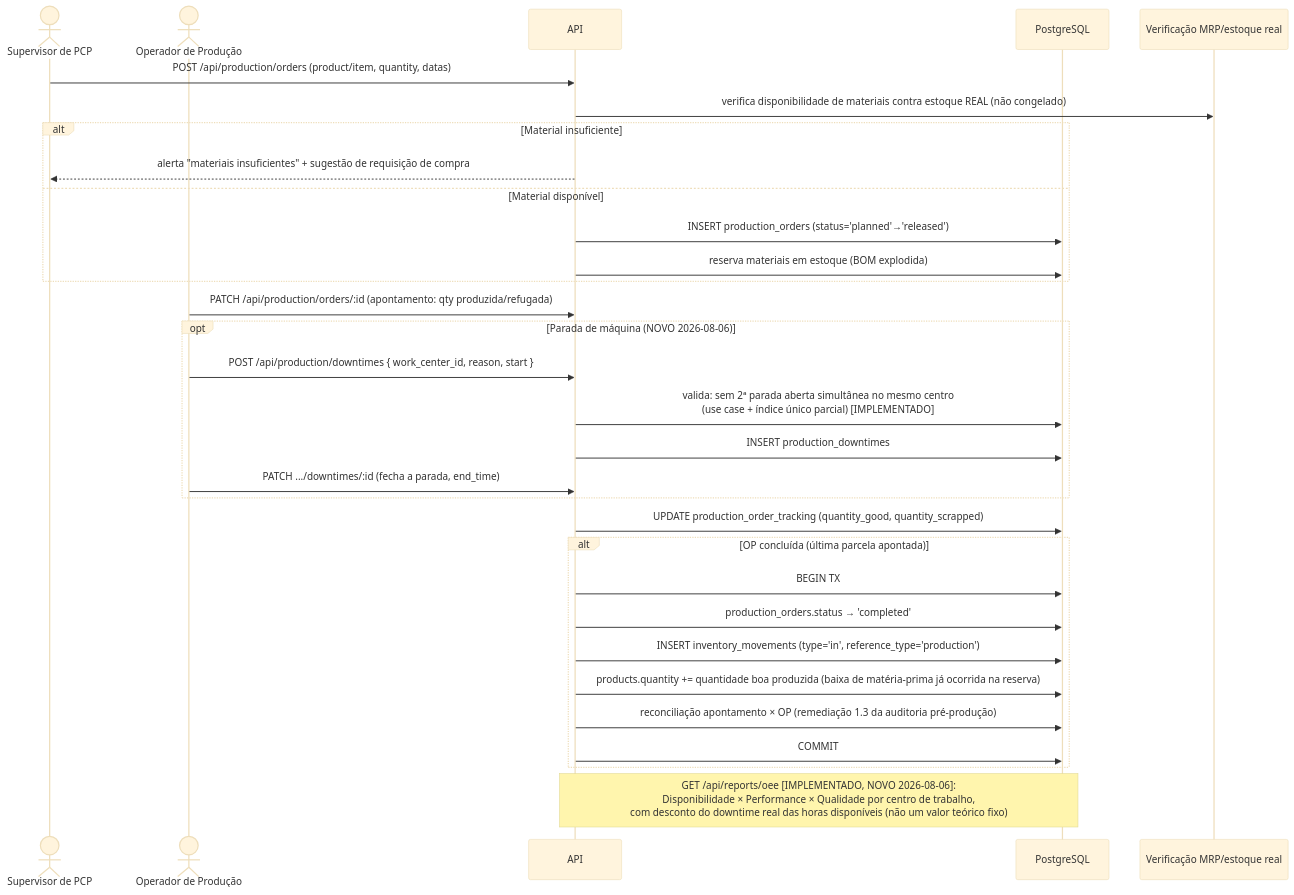
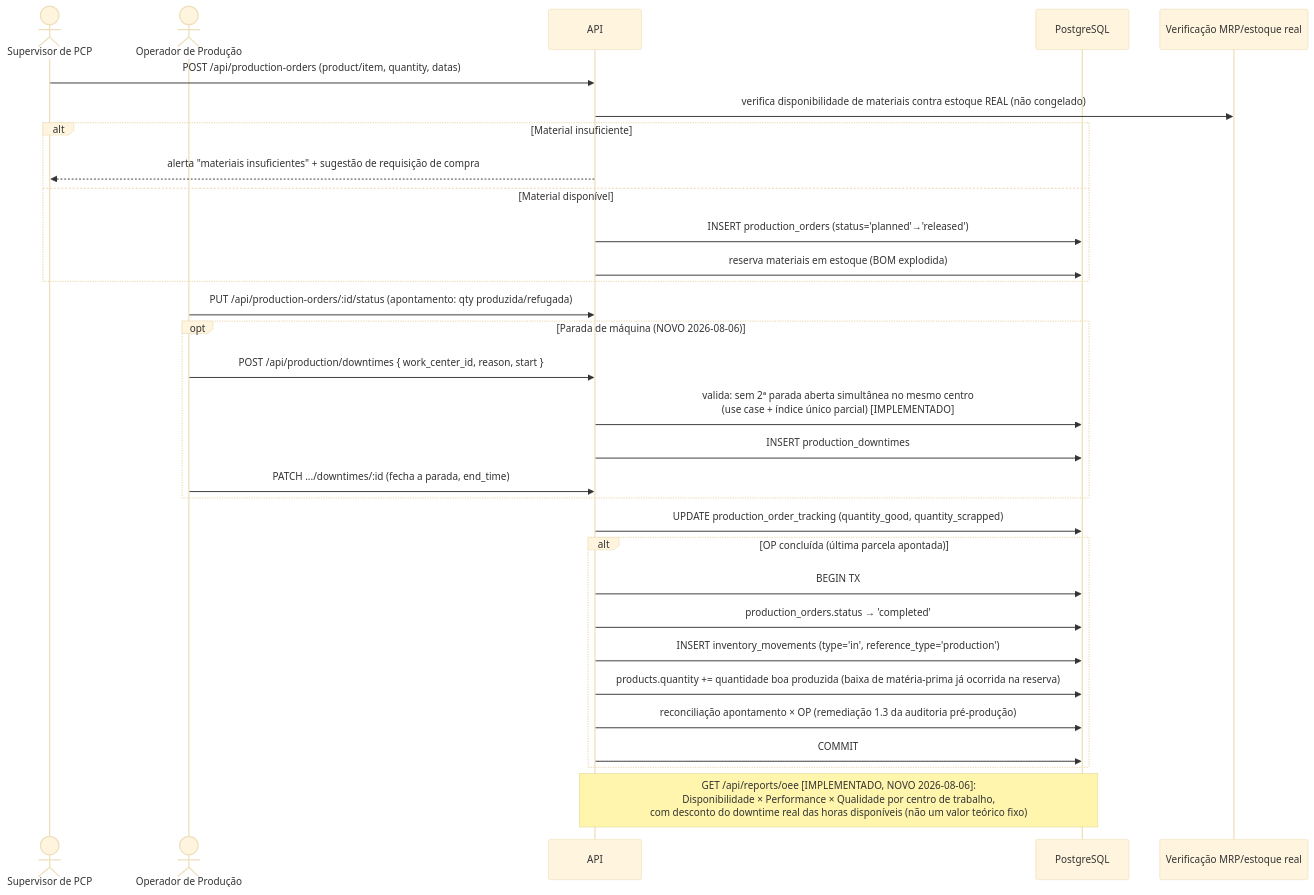
Before and after one commit to RomulosouzaEvok/ERP-EVOK-AUDIO-LTDA: the third of 3 diagrams in docs/arquitetura/DIAGRAMAS_SEQUENCIA.md, drawn with Mermaid (base theme). The commit also changed other lines of this file and 62 other files, not shown here.

````diff
--- a/docs/arquitetura/DIAGRAMAS_SEQUENCIA.md
+++ b/docs/arquitetura/DIAGRAMAS_SEQUENCIA.md
@@ -154,39 +154,39 @@
 ```mermaid
 sequenceDiagram
     actor PCP as Supervisor de PCP
     actor OPER as Operador de Produção
     participant API as API
     participant DB as PostgreSQL
     participant MRP as Verificação MRP/estoque real
 
-    PCP->>API: POST /api/production/orders (product/item, quantity, datas)
+    PCP->>API: POST /api/production-orders (product/item, quantity, datas)
     API->>MRP: verifica disponibilidade de materiais contra estoque REAL (não congelado)
     alt Material insuficiente
         API-->>PCP: alerta "materiais insuficientes" + sugestão de requisição de compra
     else Material disponível
         API->>DB: INSERT production_orders (status='planned'→'released')
         API->>DB: reserva materiais em estoque (BOM explodida)
     end
 
-    OPER->>API: PATCH /api/production/orders/:id (apontamento: qty produzida/refugada)
+    OPER->>API: PUT /api/production-orders/:id/status (apontamento: qty produzida/refugada)
 
     opt Parada de máquina (NOVO 2026-08-06)
         OPER->>API: POST /api/production/downtimes { work_center_id, reason, start }
         API->>DB: valida: sem 2ª parada aberta simultânea no mesmo centro<br/>(use case + índice único parcial) [IMPLEMENTADO]
         API->>DB: INSERT production_downtimes
         OPER->>API: PATCH .../downtimes/:id (fecha a parada, end_time)
     end
 
     API->>DB: UPDATE production_order_tracking (quantity_good, quantity_scrapped)
 
     alt OP concluída (última parcela apontada)
         API->>DB: BEGIN TX
         API->>DB: production_orders.status → 'completed'
         API->>DB: INSERT inventory_movements (type='in', reference_type='production')
         API->>DB: products.quantity += quantidade boa produzida (baixa de matéria-prima já ocorrida na reserva)
         API->>DB: reconciliação apontamento × OP (remediação 1.3 da auditoria pré-produção)
         API->>DB: COMMIT
     end
 
     Note over API,DB: GET /api/reports/oee [IMPLEMENTADO, NOVO 2026-08-06]:<br/>Disponibilidade × Performance × Qualidade por centro de trabalho,<br/>com desconto do downtime real das horas disponíveis (não um valor teórico fixo)
 ```
````
